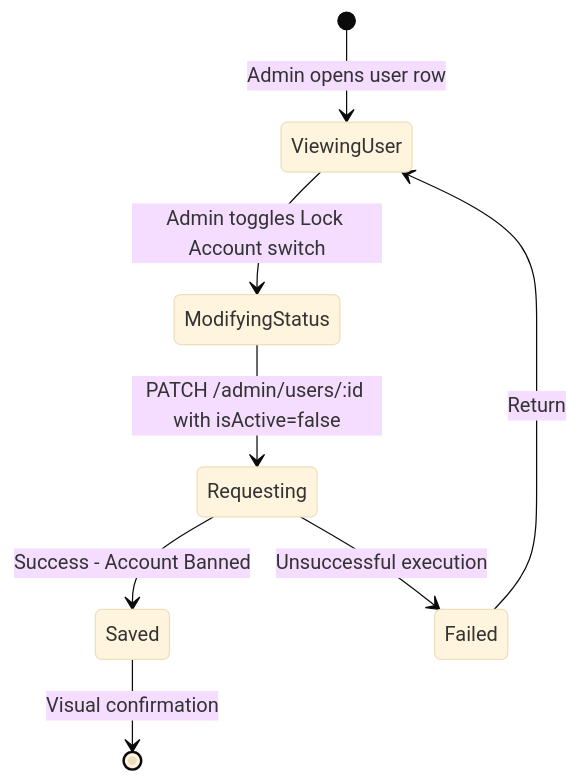
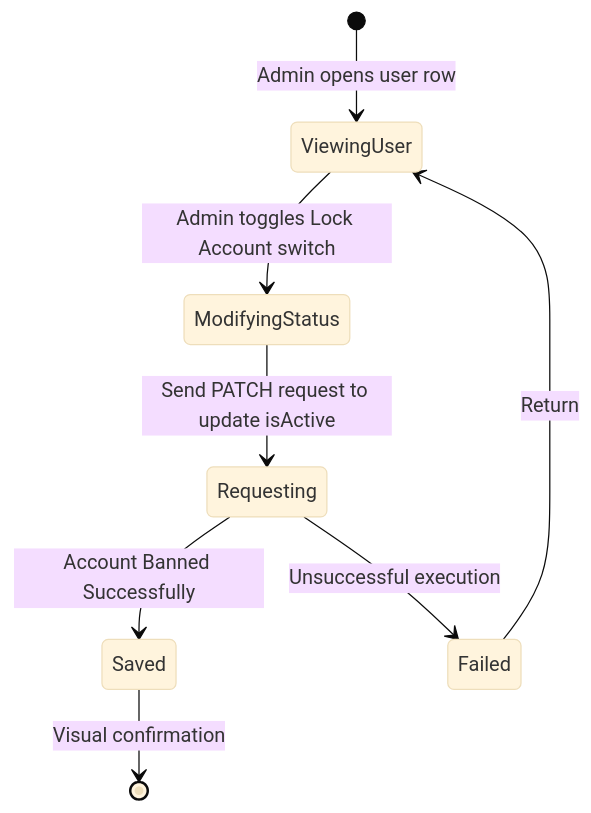
Before and after one commit to dat-21/SWD392: diagram 25 of 44 in UC_Backend_Design_Details.md, drawn with Mermaid (base theme). The commit also changed other lines of this file, not shown here.

Commit message:
HÃY CHẠY ĐƯỢC DÙM TAOOOOOOOOO

````diff
--- a/UC_Backend_Design_Details.md
+++ b/UC_Backend_Design_Details.md
@@ -553,10 +553,10 @@
 ```mermaid
 stateDiagram-v2
     [*] --> ViewingUser : Admin opens user row
     ViewingUser --> ModifyingStatus : Admin toggles Lock Account switch
-    ModifyingStatus --> Requesting : PATCH /admin/users/:id with isActive=false
-    Requesting --> Saved : Success - Account Banned
+    ModifyingStatus --> Requesting : Send PATCH request to update isActive
+    Requesting --> Saved : Account Banned Successfully
     Requesting --> Failed : Unsuccessful execution
     Failed --> ViewingUser : Return
     Saved --> [*] : Visual confirmation
 ```
````
